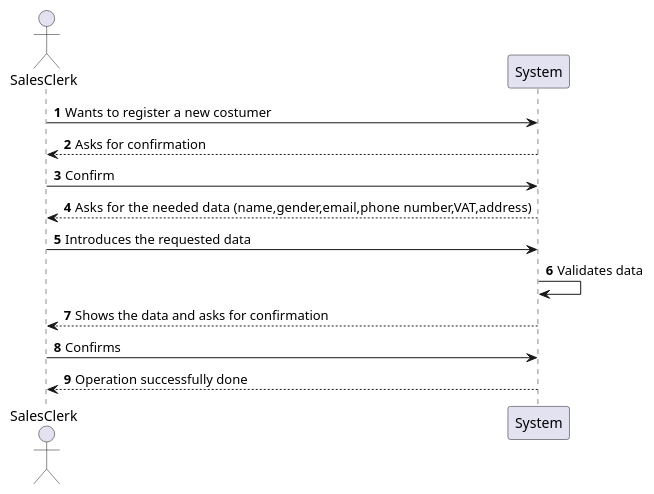
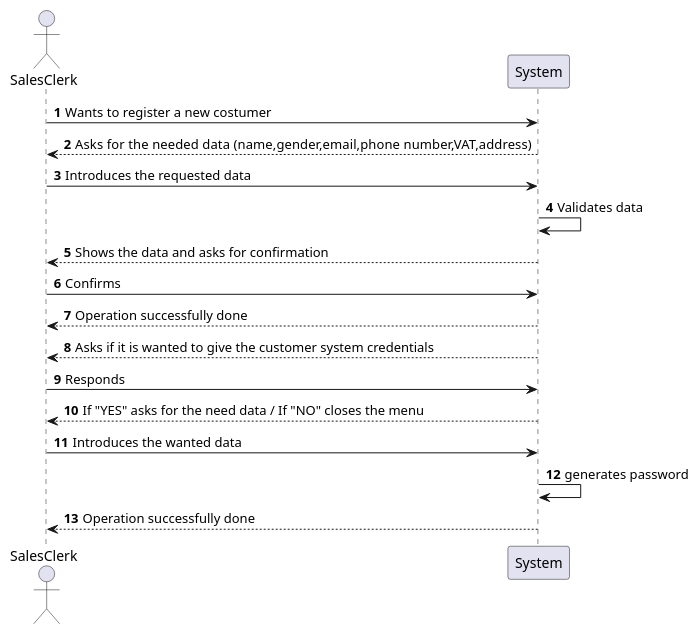
One commit to LourencoMelo/ISEP-EAPLI changed the diagram in eapli.base/docs/1191419/US1003/US1003_SSD.puml. Above: the diagram before and after it, drawn with PlantUML. The commit also changed 13 other files, not shown here.

```diff
--- a/eapli.base/docs/1191419/US1003/US1003_SSD.puml
+++ b/eapli.base/docs/1191419/US1003/US1003_SSD.puml
@@ -1,22 +1,28 @@
 @startuml
 'https://plantuml.com/sequence-diagram
 
 autonumber
 
 actor SalesClerk
 
 SalesClerk -> System: Wants to register a new costumer
-System --> SalesClerk: Asks for confirmation
 
-SalesClerk -> System: Confirm
 System --> SalesClerk: Asks for the needed data (name,gender,email,phone number,VAT,address)
 
 SalesClerk -> System : Introduces the requested data
 
 System -> System : Validates data
 System --> SalesClerk : Shows the data and asks for confirmation
 
 SalesClerk -> System : Confirms
 System --> SalesClerk : Operation successfully done
+System --> SalesClerk : Asks if it is wanted to give the customer system credentials
 
+SalesClerk -> System : Responds
+System --> SalesClerk : If "YES" asks for the need data / If "NO" closes the menu
+
+SalesClerk -> System : Introduces the wanted data
+
+System -> System : generates password
+System --> SalesClerk : Operation successfully done
 @enduml
```
